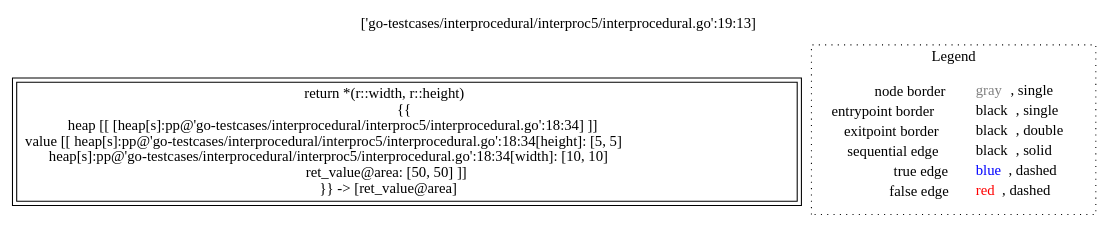
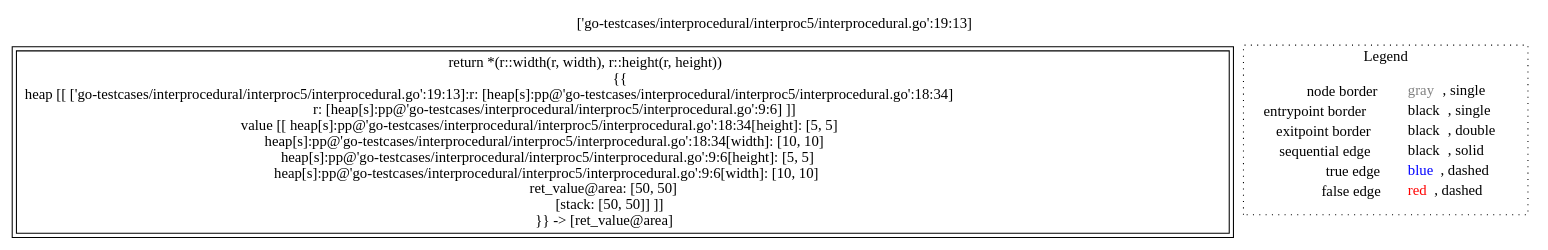
The diagram in go-lisa/go-testcases/interprocedural/interproc5/analysis___-1131635656_int_rect.area(rect_r).dot (lisa-analyzer/go-lisa), drawn with Graphviz before and after one commit. The commit also changed 31 other files, not shown here.

```diff
--- a/go-lisa/go-testcases/interprocedural/interproc5/analysis___-1131635656_int_rect.area(rect_r).dot
+++ b/go-lisa/go-testcases/interprocedural/interproc5/analysis___-1131635656_int_rect.area(rect_r).dot
@@ -1,12 +1,12 @@
 digraph {
 	labelloc="t";
 	label="['go-testcases/interprocedural/interproc5/interprocedural.go':19:13]";
-	"node0" [shape="rect",color="black",peripheries="2",label=<return *(r::width, r::height)<BR/>{{<BR/>heap [[ [heap[s]:pp@'go-testcases/interprocedural/interproc5/interprocedural.go':18:34] ]]<BR/>value [[ heap[s]:pp@'go-testcases/interprocedural/interproc5/interprocedural.go':18:34[height]: [5, 5]<BR/>heap[s]:pp@'go-testcases/interprocedural/interproc5/interprocedural.go':18:34[width]: [10, 10]<BR/>ret_value@area: [50, 50] ]]<BR/>}} -&gt; [ret_value@area]>];
+	"node0" [shape="rect",color="black",peripheries="2",label=<return *(r::width(r, width), r::height(r, height))<BR/>{{<BR/>heap [[ ['go-testcases/interprocedural/interproc5/interprocedural.go':19:13]:r: [heap[s]:pp@'go-testcases/interprocedural/interproc5/interprocedural.go':18:34]<BR/>r: [heap[s]:pp@'go-testcases/interprocedural/interproc5/interprocedural.go':9:6] ]]<BR/>value [[ heap[s]:pp@'go-testcases/interprocedural/interproc5/interprocedural.go':18:34[height]: [5, 5]<BR/>heap[s]:pp@'go-testcases/interprocedural/interproc5/interprocedural.go':18:34[width]: [10, 10]<BR/>heap[s]:pp@'go-testcases/interprocedural/interproc5/interprocedural.go':9:6[height]: [5, 5]<BR/>heap[s]:pp@'go-testcases/interprocedural/interproc5/interprocedural.go':9:6[width]: [10, 10]<BR/>ret_value@area: [50, 50]<BR/>[stack: [50, 50]] ]]<BR/>}} -&gt; [ret_value@area]>];
 subgraph cluster_legend {
 	label="Legend";
 	style=dotted;
 	node [shape=plaintext];
 	"legend" [label=<<table border="0" cellpadding="2" cellspacing="0" cellborder="0"><tr><td align="right">node border&nbsp;</td><td align="left"><font color="gray">gray</font>, single</td></tr><tr><td align="right">entrypoint border&nbsp;</td><td align="left"><font color="black">black</font>, single</td></tr><tr><td align="right">exitpoint border&nbsp;</td><td align="left"><font color="black">black</font>, double</td></tr><tr><td align="right">sequential edge&nbsp;</td><td align="left"><font color="black">black</font>, solid</td></tr><tr><td align="right">true edge&nbsp;</td><td align="left"><font color="blue">blue</font>, dashed</td></tr><tr><td align="right">false edge&nbsp;</td><td align="left"><font color="red">red</font>, dashed</td></tr></table>>];
 }
 
 }
```
